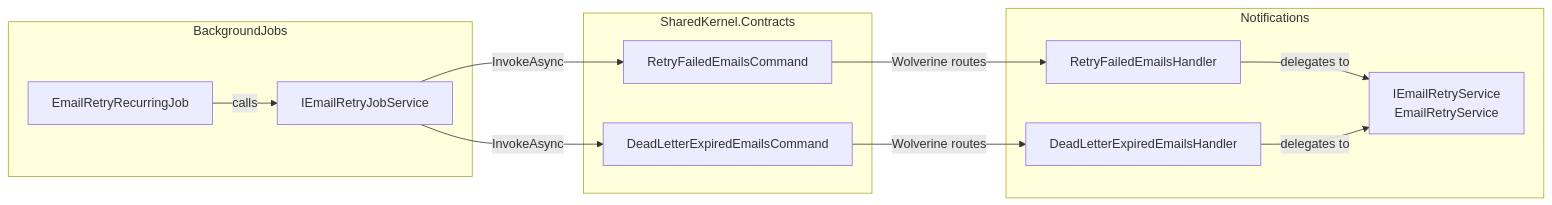
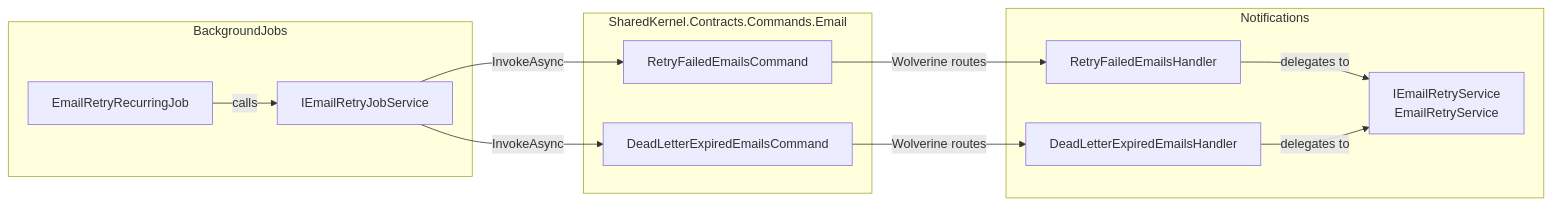
The sixth of 11 diagrams in README.md (zribktad/API-Template-Modules), drawn with Mermaid before and after one commit. The commit also changed other lines of this file, not shown here.

Commit message:
docs: expand Module Communication section with all cross-module flows

````diff
--- a/README.md
+++ b/README.md
@@ -235,26 +253,26 @@
 ```mermaid
 flowchart LR
     subgraph BackgroundJobs
         BJ_H[EmailRetryRecurringJob]
         BJ_SVC[IEmailRetryJobService]
     end
 
-    subgraph SharedKernel_Contracts ["SharedKernel.Contracts"]
+    subgraph SharedKernel_Commands ["SharedKernel.Contracts.Commands.Email"]
         CMD1[RetryFailedEmailsCommand]
         CMD2[DeadLetterExpiredEmailsCommand]
     end
 
     subgraph Notifications
         NF_H1[RetryFailedEmailsHandler]
         NF_H2[DeadLetterExpiredEmailsHandler]
         NF_SVC[IEmailRetryService\nEmailRetryService]
     end
 
     BJ_H -->|calls| BJ_SVC
     BJ_SVC -->|InvokeAsync| CMD1
     BJ_SVC -->|InvokeAsync| CMD2
     CMD1 -->|Wolverine routes| NF_H1
     CMD2 -->|Wolverine routes| NF_H2
     NF_H1 -->|delegates to| NF_SVC
     NF_H2 -->|delegates to| NF_SVC
 ```
````
